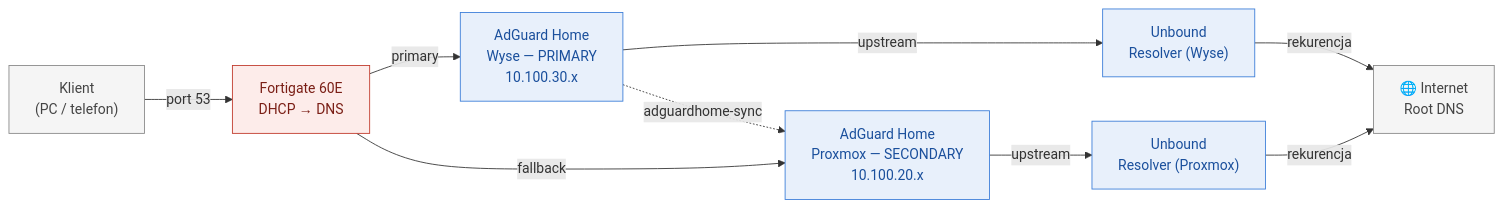
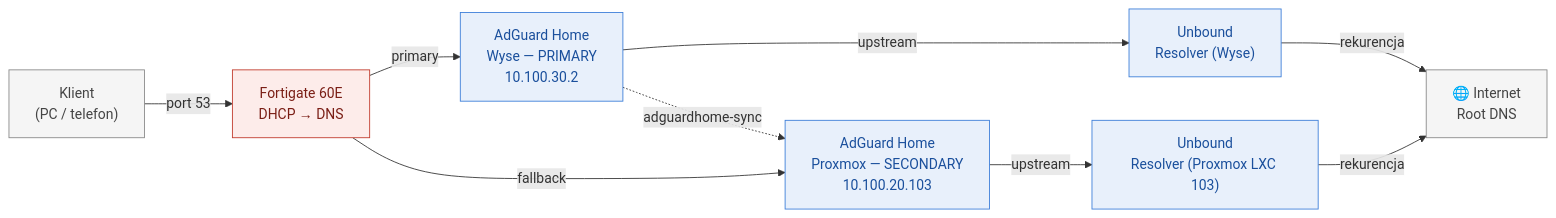
Before and after one commit to damianztk/homelab-docs: the second of 3 diagrams in networking/network-topology.md, drawn with Mermaid. The commit also changed other lines of this file, not shown here.

````diff
--- a/networking/network-topology.md
+++ b/networking/network-topology.md
@@ -129,27 +189,27 @@
 ```mermaid
 flowchart LR
     CLIENT["Klient\n(PC / telefon)"]
     FGT["Fortigate 60E\nDHCP → DNS"]
-    AGH1["AdGuard Home\nWyse — PRIMARY\n10.100.30.x"]
-    AGH2["AdGuard Home\nProxmox — SECONDARY\n10.100.20.x"]
+    AGH1["AdGuard Home\nWyse — PRIMARY\n10.100.30.2"]
+    AGH2["AdGuard Home\nProxmox — SECONDARY\n10.100.20.103"]
     UB1["Unbound\nResolver (Wyse)"]
-    UB2["Unbound\nResolver (Proxmox)"]
+    UB2["Unbound\nResolver (Proxmox LXC 103)"]
     INET["🌐 Internet\nRoot DNS"]
 
     CLIENT -- "port 53" --> FGT
     FGT -- "primary" --> AGH1
     FGT -- "fallback" --> AGH2
     AGH1 -- "upstream" --> UB1
     AGH2 -- "upstream" --> UB2
     UB1 -- "rekurencja" --> INET
     UB2 -- "rekurencja" --> INET
     AGH1 -. "adguardhome-sync" .-> AGH2
 
     classDef dns fill:#e8f0fb,stroke:#3b7dd8,color:#1a4f9c
-    classDef fw fill:#fdecea,stroke:#c0392b,color:#7a1e15
+    classDef fw  fill:#fdecea,stroke:#c0392b,color:#7a1e15
     classDef net fill:#f5f5f5,stroke:#888,color:#444
 
     class AGH1,AGH2,UB1,UB2 dns
     class FGT fw
     class CLIENT,INET net
 ```
````
